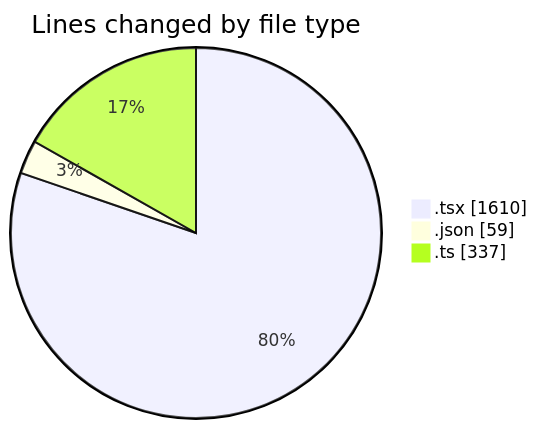
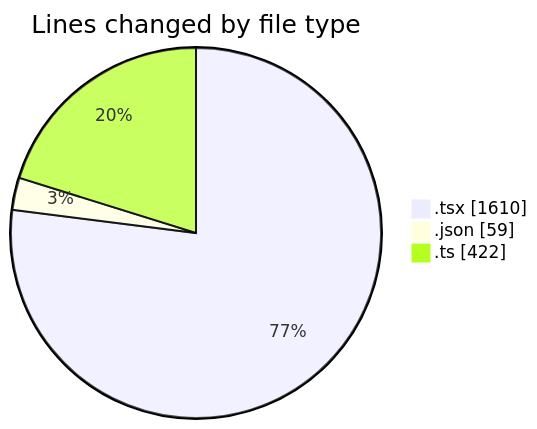
One commit to momahboobian/code-tracking changed the first of 2 diagrams in 2025-11-24/cda/README.md. Above: the diagram before and after it, drawn with Mermaid. The commit also changed other lines of this file and 1 other file, not shown here.

````diff
--- a/2025-11-24/cda/README.md
+++ b/2025-11-24/cda/README.md
@@ -28,7 +28,7 @@
 ```mermaid
 pie showData
 title Lines changed by file type
 ".tsx" : 1610
 ".json" : 59
-".ts" : 337
+".ts" : 422
 ```
````
